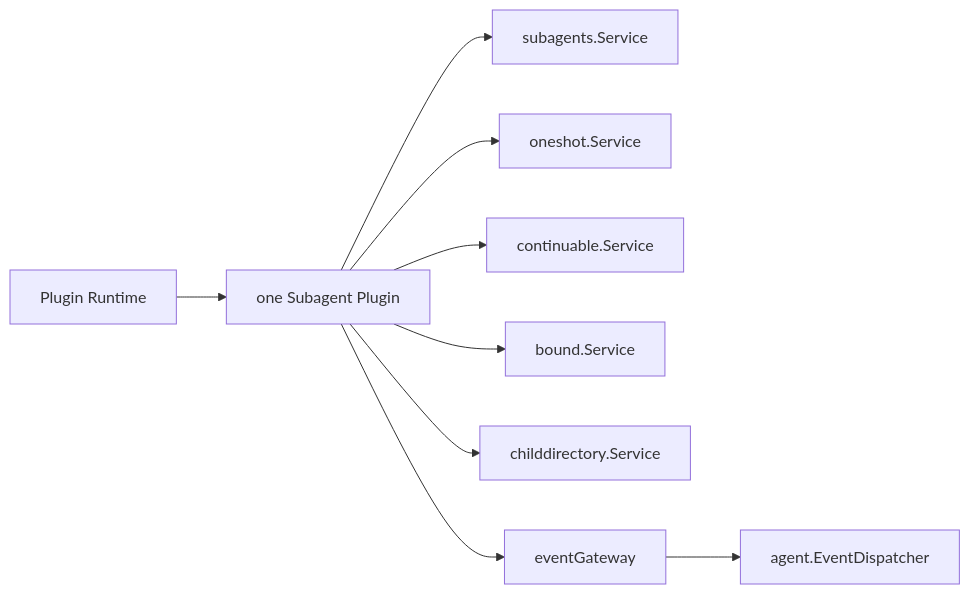
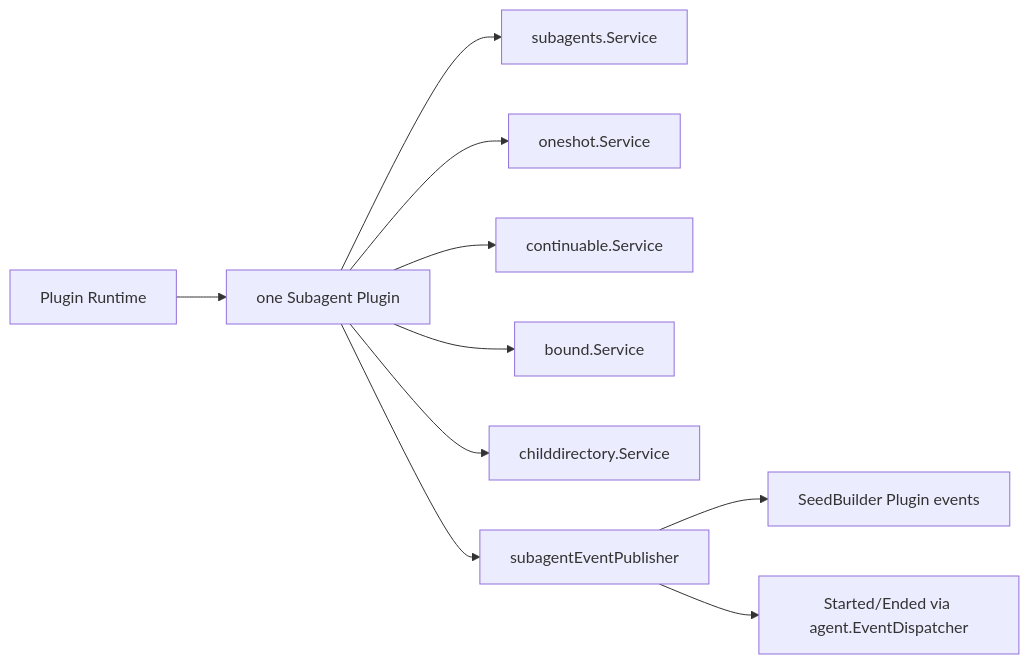
One commit to gorenx/goren changed the diagram in subagent/plugin/README.zh-CN.md. Above: the diagram before and after it, drawn with Mermaid. The commit also changed other lines of this file and 2 other files, not shown here.

Commit message:
docs(agent): record lifecycle review fixes

````diff
--- a/subagent/plugin/README.zh-CN.md
+++ b/subagent/plugin/README.zh-CN.md
@@ -5,11 +5,12 @@
 ```mermaid
 flowchart LR
     Runtime[Plugin Runtime] --> Plugin[one Subagent Plugin]
     Plugin --> Service[subagents.Service]
     Plugin --> OneShot[oneshot.Service]
     Plugin --> Continuable[continuable.Service]
     Plugin --> Bound[bound.Service]
     Plugin --> Directory[childdirectory.Service]
-    Plugin --> Gateway[eventGateway]
-    Gateway --> Dispatcher[agent.EventDispatcher]
+    Plugin --> Publisher[subagentEventPublisher]
+    Publisher --> RuntimeEvents[SeedBuilder Plugin events]
+    Publisher --> Dispatcher[Started/Ended via agent.EventDispatcher]
 ```
````
